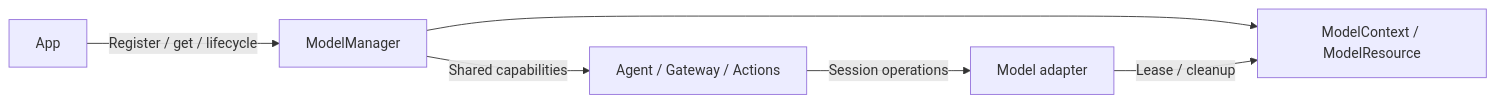
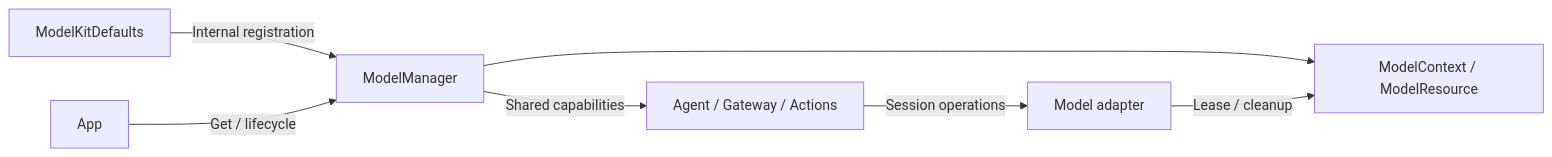
The seventh of 8 diagrams in MobileHarness/README.md (devilyouwei/MobileHarness), drawn with Mermaid before and after one commit. The commit also changed other lines of this file and 76 other files, not shown here.

````diff
--- a/MobileHarness/README.md
+++ b/MobileHarness/README.md
@@ -1332,8 +1343,9 @@
 ```mermaid
 flowchart LR
-    App -->|Register / get / lifecycle| Manager[ModelManager]
+    Defaults[ModelKitDefaults] -->|Internal registration| Manager[ModelManager]
+    App -->|Get / lifecycle| Manager
     Manager --> Context[ModelContext / ModelResource]
     Manager -->|Shared capabilities| Consumers[Agent / Gateway / Actions]
     Consumers -->|Session operations| Adapter[Model adapter]
     Adapter -->|Lease / cleanup| Context
 ```
````
